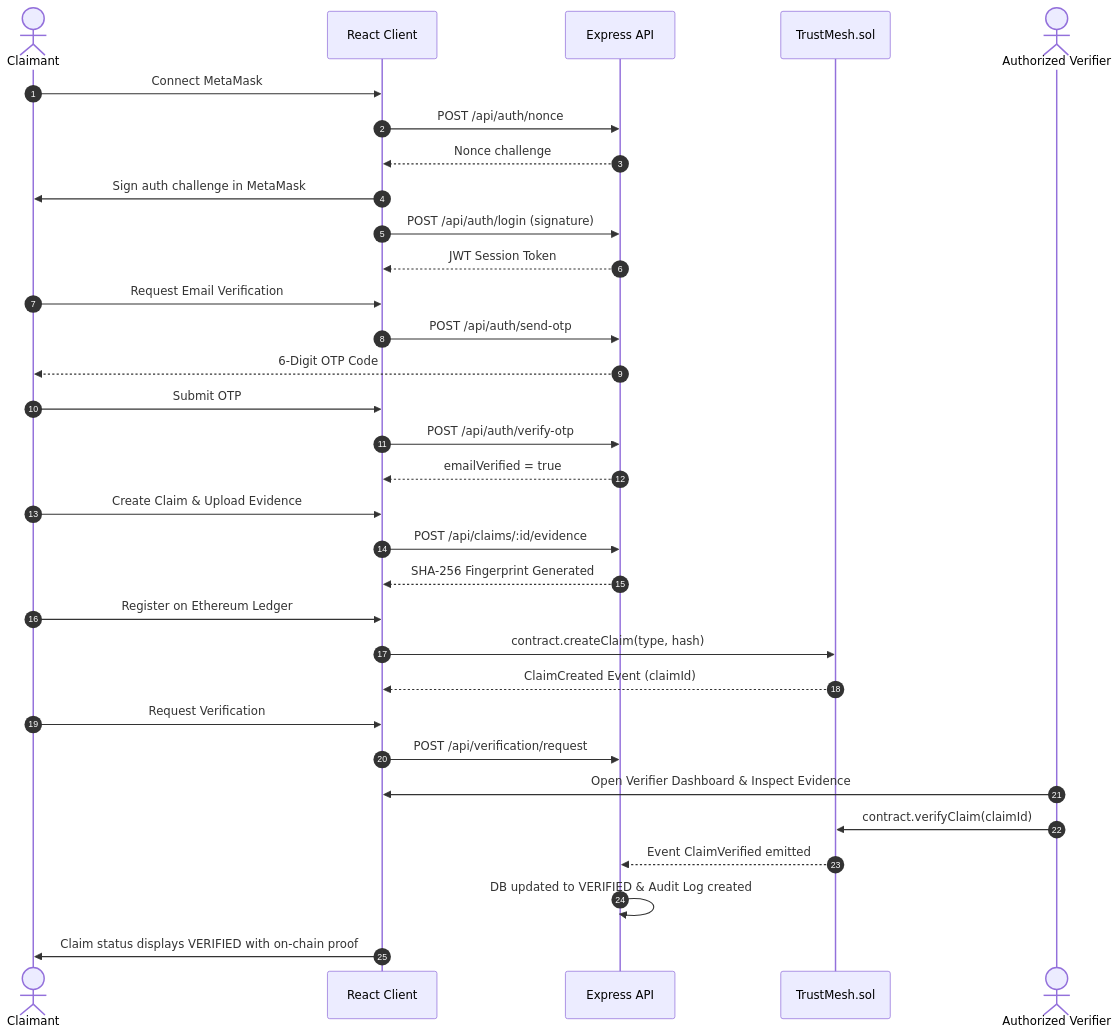
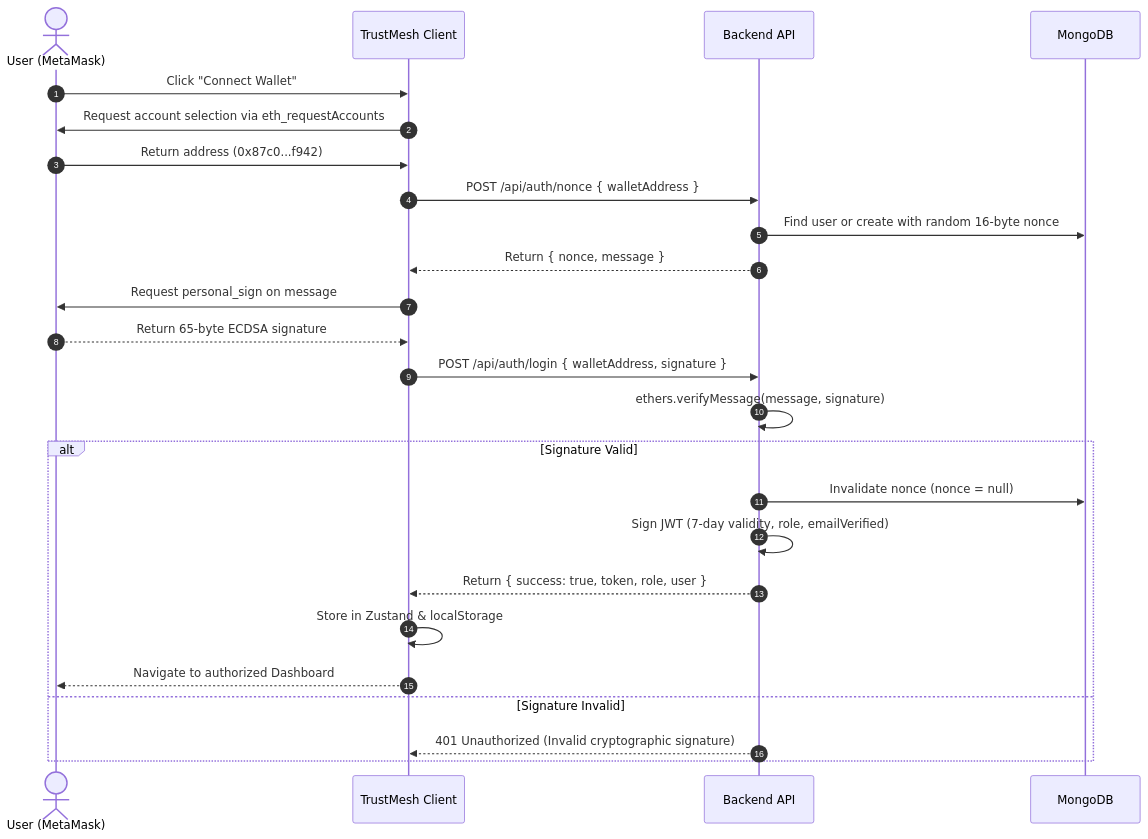
The second of 7 diagrams in README.md (Git-Octopus/TRUSTMESH), drawn with Mermaid before and after one commit. The commit also changed other lines of this file and 13 other files, not shown here.

Commit message:
feat: implement wallet authentication, profile management, and frontend API integration

````diff
--- a/README.md
+++ b/README.md
@@ -60,35 +95,28 @@
 ```mermaid
 sequenceDiagram
     autonumber
-    actor User as Claimant
-    participant UI as React Client
-    participant API as Express API
-    participant BC as TrustMesh.sol
-    actor Verifier as Authorized Verifier
+    actor User as User (MetaMask)
+    participant Client as TrustMesh Client
+    participant API as Backend API
+    participant DB as MongoDB
 
-    User->>UI: Connect MetaMask
-    UI->>API: POST /api/auth/nonce
-    API-->>UI: Nonce challenge
-    UI->>User: Sign auth challenge in MetaMask
-    UI->>API: POST /api/auth/login (signature)
-    API-->>UI: JWT Session Token
-    User->>UI: Request Email Verification
-    UI->>API: POST /api/auth/send-otp
-    API-->>User: 6-Digit OTP Code
-    User->>UI: Submit OTP
-    UI->>API: POST /api/auth/verify-otp
-    API-->>UI: emailVerified = true
-    User->>UI: Create Claim & Upload Evidence
-    UI->>API: POST /api/claims/:id/evidence
-    API-->>UI: SHA-256 Fingerprint Generated
-    User->>UI: Register on Ethereum Ledger
-    UI->>BC: contract.createClaim(type, hash)
-    BC-->>UI: ClaimCreated Event (claimId)
-    User->>UI: Request Verification
-    UI->>API: POST /api/verification/request
-    Verifier->>UI: Open Verifier Dashboard & Inspect Evidence
-    Verifier->>BC: contract.verifyClaim(claimId)
-    BC-->>API: Event ClaimVerified emitted
-    API->>API: DB updated to VERIFIED & Audit Log created
-    UI->>User: Claim status displays VERIFIED with on-chain proof
+    User->>Client: Click "Connect Wallet"
+    Client->>User: Request account selection via eth_requestAccounts
+    User->>Client: Return address (0x87c0...f942)
+    Client->>API: POST /api/auth/nonce { walletAddress }
+    API->>DB: Find user or create with random 16-byte nonce
+    API-->>Client: Return { nonce, message }
+    Client->>User: Request personal_sign on message
+    User-->>Client: Return 65-byte ECDSA signature
+    Client->>API: POST /api/auth/login { walletAddress, signature }
+    API->>API: ethers.verifyMessage(message, signature)
+    alt Signature Valid
+        API->>DB: Invalidate nonce (nonce = null)
+        API->>API: Sign JWT (7-day validity, role, emailVerified)
+        API-->>Client: Return { success: true, token, role, user }
+        Client->>Client: Store in Zustand & localStorage
+        Client-->>User: Navigate to authorized Dashboard
+    else Signature Invalid
+        API-->>Client: 401 Unauthorized (Invalid cryptographic signature)
+    end
 ```
````
